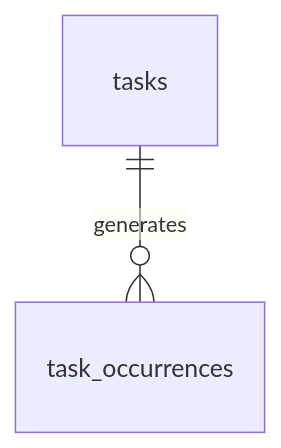
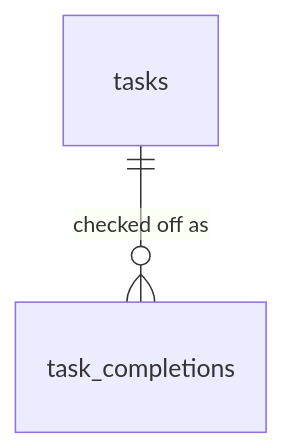
Before and after one commit to connor-ruff/disci: the diagram in docs/db/tasks.md, drawn with Mermaid. The commit also changed other lines of this file and 47 other files, not shown here.

````diff
--- a/docs/db/tasks.md
+++ b/docs/db/tasks.md
@@ -31,4 +26,4 @@
 ```mermaid
 erDiagram
-    tasks ||--o{ task_occurrences : "generates"
+    tasks ||--o{ task_completions : "checked off as"
 ```
````
